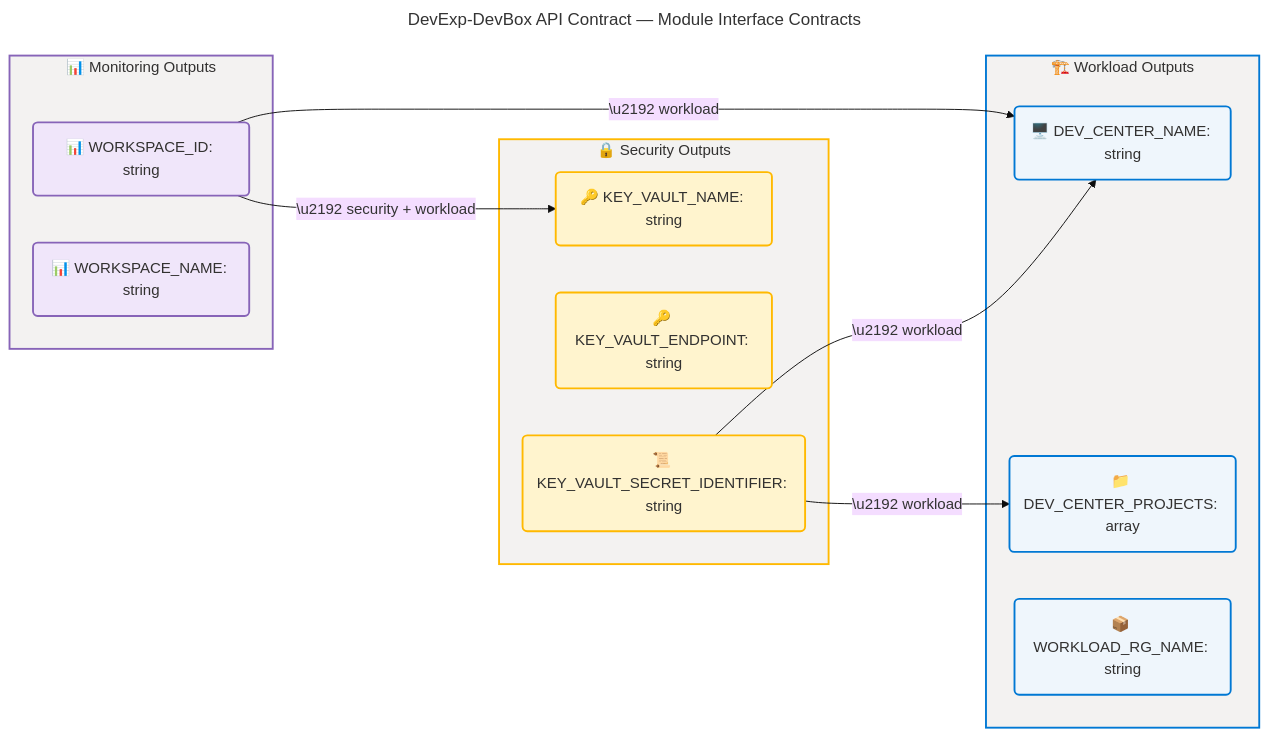
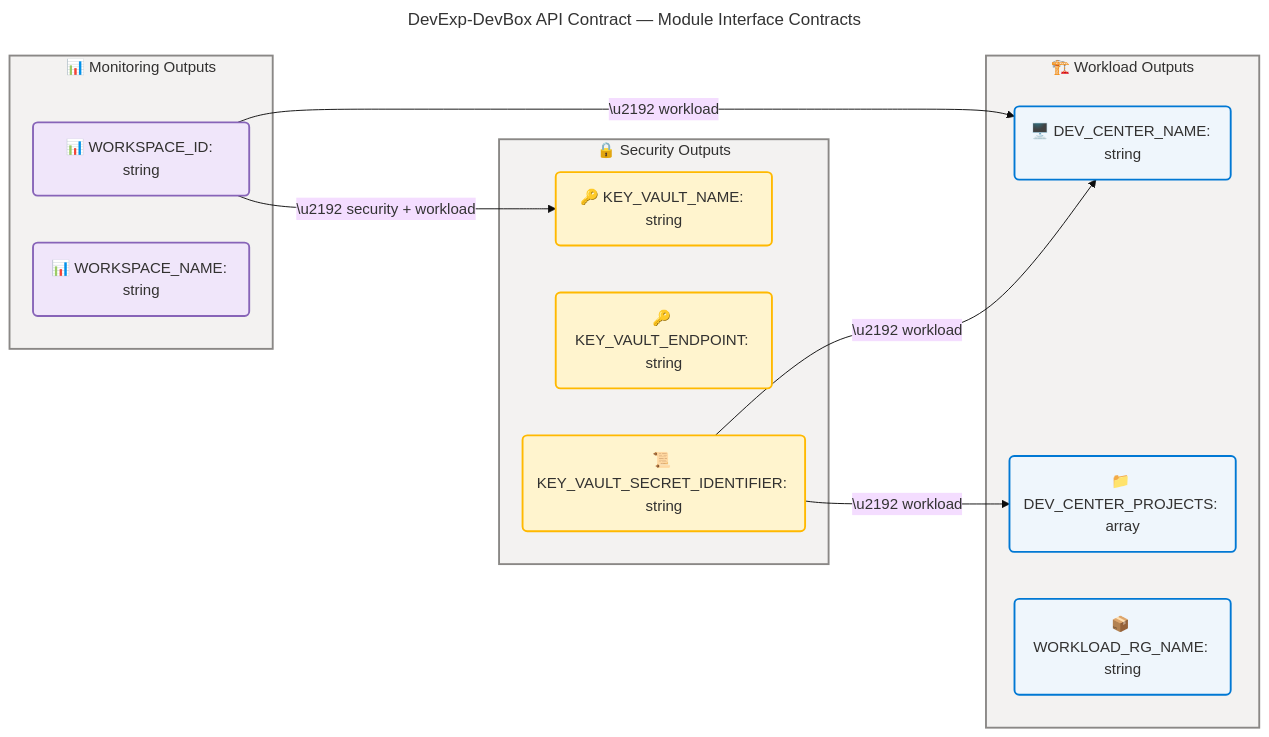
Diagram 11 of 15 in docs/architecture/application-architecture.md (Evilazaro/DevExp-DevBox), drawn with Mermaid before and after one commit. The commit also changed other lines of this file, not shown here.

Commit message:
refactor: update YAML contract terminology and enhance diagram verification scores for improved clarity

````diff
--- a/docs/architecture/application-architecture.md
+++ b/docs/architecture/application-architecture.md
@@ -1999,58 +2002,58 @@
 ```mermaid
 ---
 title: DevExp-DevBox API Contract — Module Interface Contracts
 config:
   theme: base
   look: classic
   layout: dagre
   themeVariables:
     fontSize: '16px'
   flowchart:
     htmlLabels: true
 ---
 flowchart LR
     accTitle: DevExp-DevBox API Contract — Module Interface Contracts
     accDescr: Shows the typed Bicep output contracts flowing between modules — each module exposes named string and array outputs consumed by downstream modules as formally typed parameters
 
     %% ═══════════════════════════════════════════════════════════════════════════
     %% AZURE / FLUENT ARCHITECTURE PATTERN v1.1
     %% (Semantic + Structural + Font + Accessibility Governance)
     %% ═══════════════════════════════════════════════════════════════════════════
     %% PHASE 1 - FLUENT UI: All styling uses approved Fluent UI palette only
     %% PHASE 2 - GROUPS: Every subgraph has semantic color via style directive
     %% PHASE 3 - COMPONENTS: Every node has semantic classDef + icon prefix
     %% PHASE 4 - ACCESSIBILITY: accTitle/accDescr present, WCAG AA contrast
     %% PHASE 5 - STANDARD: Governance block present, classDefs centralized
     %% ═══════════════════════════════════════════════════════════════════════════
 
     subgraph monContract["📊 Monitoring Outputs"]
         laId("📊 WORKSPACE_ID: string"):::data
         laName("📊 WORKSPACE_NAME: string"):::data
     end
 
     subgraph secContract["🔒 Security Outputs"]
         kvName("🔑 KEY_VAULT_NAME: string"):::warning
         kvEndpoint("🔑 KEY_VAULT_ENDPOINT: string"):::warning
         kvSecId("📜 KEY_VAULT_SECRET_IDENTIFIER: string"):::warning
     end
 
     subgraph wlContract["🏗️ Workload Outputs"]
         dcName("🖥️ DEV_CENTER_NAME: string"):::core
         dcProjects("📁 DEV_CENTER_PROJECTS: array"):::core
         wlRgName("📦 WORKLOAD_RG_NAME: string"):::core
     end
 
     laId -->|"\u2192 security + workload"| kvName
     laId -->|"\u2192 workload"| dcName
     kvSecId -->|"\u2192 workload"| dcName
     kvSecId -->|"\u2192 workload"| dcProjects
 
-    style monContract fill:#F3F2F1,stroke:#8764B8,stroke-width:2px,color:#323130
-    style secContract fill:#F3F2F1,stroke:#FFB900,stroke-width:2px,color:#323130
-    style wlContract fill:#F3F2F1,stroke:#0078D4,stroke-width:2px,color:#323130
+    style monContract fill:#F3F2F1,stroke:#8A8886,stroke-width:2px,color:#323130
+    style secContract fill:#F3F2F1,stroke:#8A8886,stroke-width:2px,color:#323130
+    style wlContract fill:#F3F2F1,stroke:#8A8886,stroke-width:2px,color:#323130
 
     classDef neutral fill:#FAFAFA,stroke:#8A8886,stroke-width:2px,color:#323130
     classDef core fill:#EFF6FC,stroke:#0078D4,stroke-width:2px,color:#323130
     classDef warning fill:#FFF4CE,stroke:#FFB900,stroke-width:2px,color:#323130
     classDef data fill:#F0E6FA,stroke:#8764B8,stroke-width:2px,color:#323130
 ```
````
